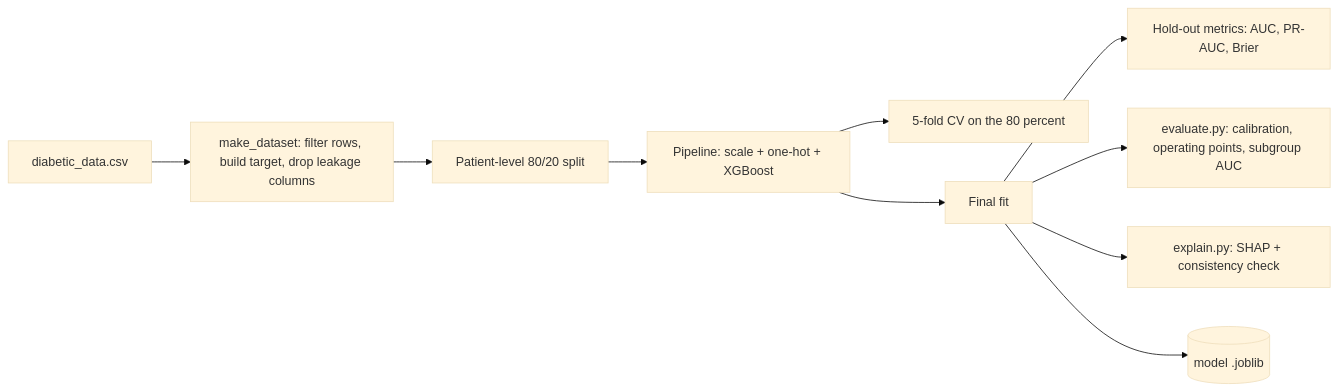
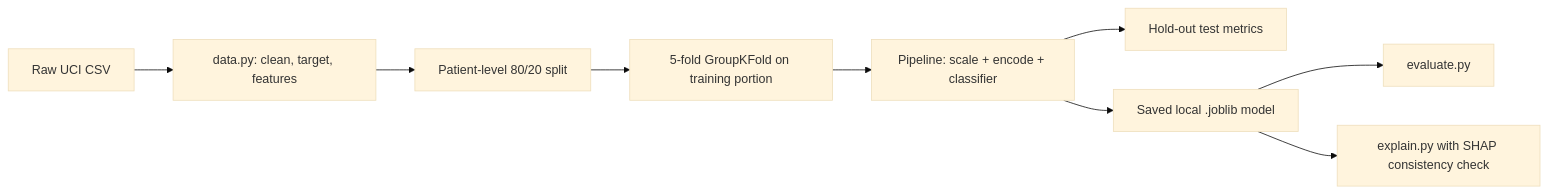
The second of 3 diagrams in docs/system_design.md (discharge-ai-fyp/discharge-readiness-system), drawn with Mermaid (base theme) before and after one commit. The commit also changed other lines of this file and 2 other files, not shown here.

Commit message:
docs: clarify system scope and add model card

````diff
--- a/docs/system_design.md
+++ b/docs/system_design.md
@@ -79,12 +104,11 @@
 ```mermaid
 flowchart LR
-  A[diabetic_data.csv] --> B[make_dataset: filter rows, build target, drop leakage columns]
+  A[Raw UCI CSV] --> B[data.py: clean, target, features]
   B --> C[Patient-level 80/20 split]
-  C --> D[Pipeline: scale + one-hot + XGBoost]
-  D --> E[5-fold CV on the 80 percent]
-  D --> F[Final fit]
-  F --> G[Hold-out metrics: AUC, PR-AUC, Brier]
-  F --> H[evaluate.py: calibration, operating points, subgroup AUC]
-  F --> I[explain.py: SHAP + consistency check]
-  F --> J[(model .joblib)]
+  C --> D[5-fold GroupKFold on training portion]
+  D --> E[Pipeline: scale + encode + classifier]
+  E --> F[Hold-out test metrics]
+  E --> G[Saved local .joblib model]
+  G --> H[evaluate.py]
+  G --> I[explain.py with SHAP consistency check]
 ```
````
